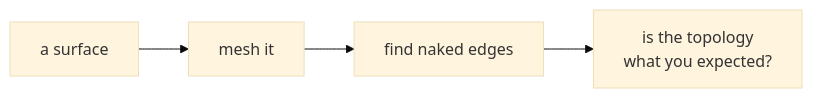
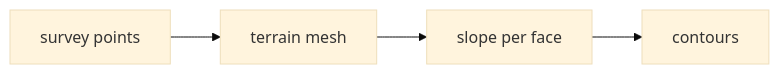
Before and after one commit to rccn-teaching/cdf: the first of 4 diagrams in Lecture/Week_12/goals.md, drawn with Mermaid (base theme). The commit also changed other lines of this file and 23 other files, not shown here.

Commit message:
Refactor lecture materials for Weeks 13-15: update README and goals to enhance clarity and structure; adjust session objectives and commands; improve flowcharts and voting processes for better engagement and understanding.

````diff
--- a/Lecture/Week_12/goals.md
+++ b/Lecture/Week_12/goals.md
@@ -17,6 +17,8 @@
 ```mermaid
 flowchart LR
-    S["a surface"] --> M["mesh it"]
-    M --> N["find naked edges"]
-    N --> Q["is the topology<br/>what you expected?"]
+    P0["survey points"]
+    M1["terrain mesh"]
+    S2["slope per face"]
+    C3["contours"]
+    P0 --> M1 --> S2 --> C3
 ```
````
